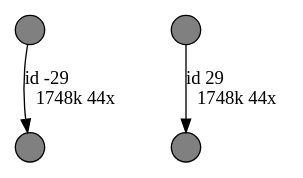
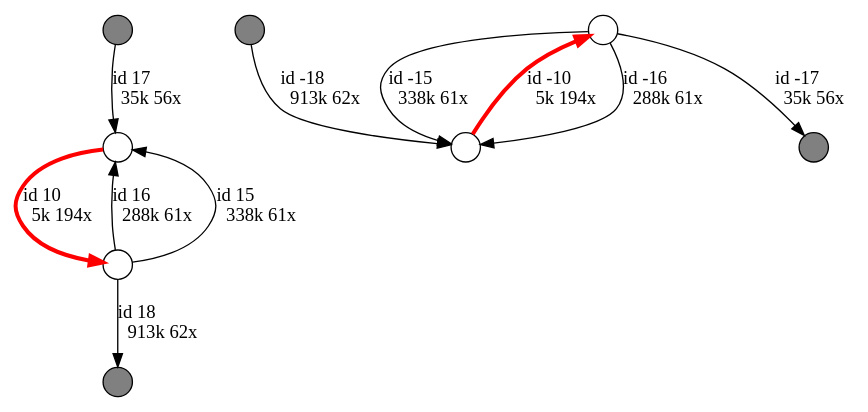
Before and after one commit to harisankarsadasivan/LORA: the diagram in data/flye_output/hepaticus_out/20-repeat/graph_before_rr.gv, drawn with Graphviz. The commit also changed 8 other files, not shown here.

```diff
--- a/data/flye_output/hepaticus_out/20-repeat/graph_before_rr.gv
+++ b/data/flye_output/hepaticus_out/20-repeat/graph_before_rr.gv
@@ -1,10 +1,18 @@
 digraph {
 nodesep = 0.5;
 node [shape = circle, label = "", height = 0.3];
 "0" [style = "filled", fillcolor = "grey"];
 "1" [style = "filled", fillcolor = "grey"];
 "2" [style = "filled", fillcolor = "grey"];
 "3" [style = "filled", fillcolor = "grey"];
-"0" -> "3" [label = "id -29\l1748k 44x", color = "black"] ;
-"2" -> "1" [label = "id 29\l1748k 44x", color = "black"] ;
+"3" -> "4" [label = "id -18\l913k 62x", color = "black"] ;
+"5" -> "1" [label = "id -17\l35k 56x", color = "black"] ;
+"7" -> "6" [label = "id 16\l288k 61x", color = "black"] ;
+"7" -> "6" [label = "id 15\l338k 61x", color = "black"] ;
+"0" -> "6" [label = "id 17\l35k 56x", color = "black"] ;
+"5" -> "4" [label = "id -16\l288k 61x", color = "black"] ;
+"7" -> "2" [label = "id 18\l913k 62x", color = "black"] ;
+"5" -> "4" [label = "id -15\l338k 61x", color = "black"] ;
+"6" -> "7" [label = "id 10\l5k 194x", color = "red" , penwidth = 3] ;
+"4" -> "5" [label = "id -10\l5k 194x", color = "red" , penwidth = 3] ;
 }
```
